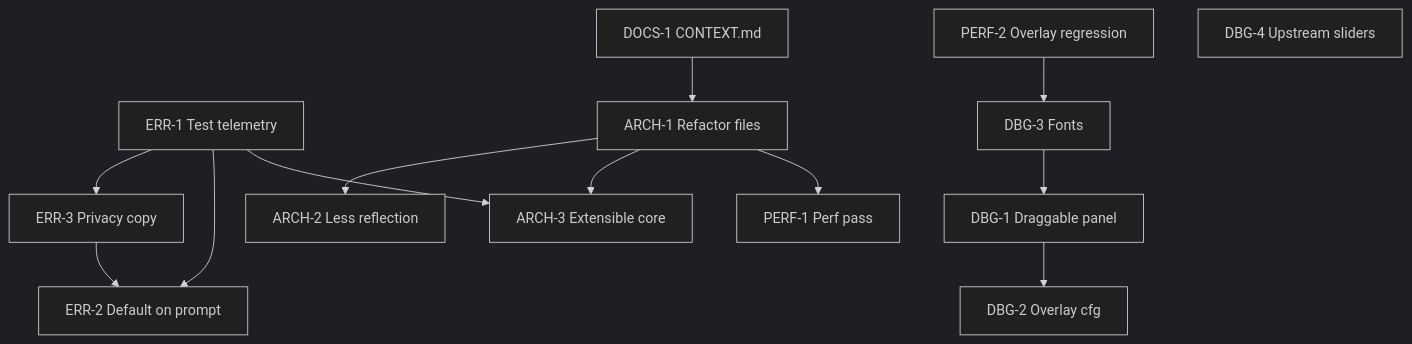
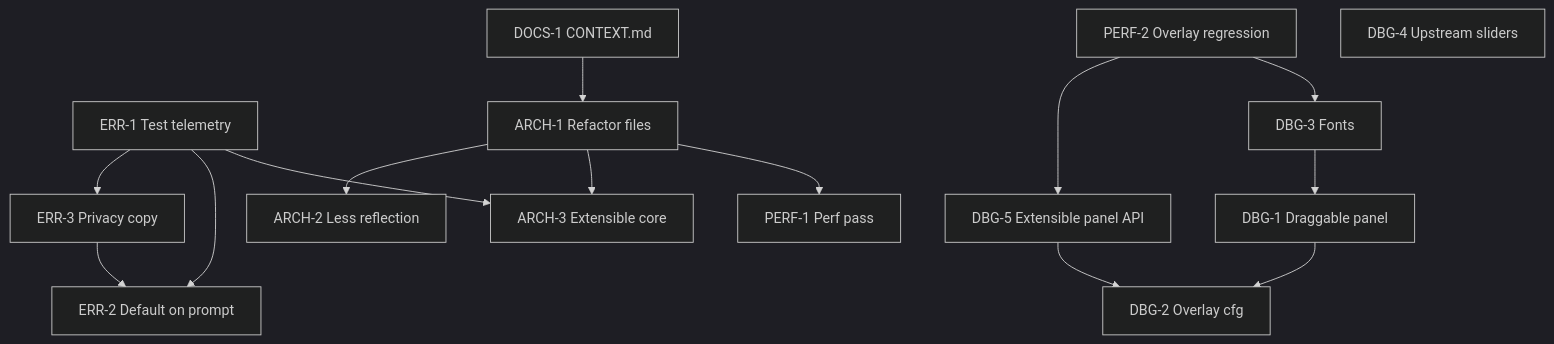
Before and after one commit to grompen91-droid/dreadREPO: the diagram in docs/ROADMAP.md, drawn with Mermaid (dark theme). The commit also changed other lines of this file and 1 other file, not shown here.

Commit message:
feat: nudge overlay text up; roadmap DBG-5 extensible panel API

````diff
--- a/docs/ROADMAP.md
+++ b/docs/ROADMAP.md
@@ -71,29 +72,32 @@
 ```mermaid
 flowchart TD
   DOCS1[DOCS-1 CONTEXT.md]
   ERR1[ERR-1 Test telemetry]
   PERF2[PERF-2 Overlay regression]
   ARCH1[ARCH-1 Refactor files]
   ARCH2[ARCH-2 Less reflection]
   ARCH3[ARCH-3 Extensible core]
   ERR3[ERR-3 Privacy copy]
   ERR2[ERR-2 Default on prompt]
+  DBG5[DBG-5 Extensible panel API]
   DBG3[DBG-3 Fonts]
   DBG1[DBG-1 Draggable panel]
   DBG2[DBG-2 Overlay cfg]
   PERF1[PERF-1 Perf pass]
   DBG4[DBG-4 Upstream sliders]
 
   DOCS1 --> ARCH1
   ERR1 --> ERR3
   ERR1 --> ERR2
   ERR3 --> ERR2
   ARCH1 --> ARCH2
   ARCH1 --> ARCH3
   ERR1 --> ARCH3
+  PERF2 --> DBG5
   PERF2 --> DBG3
   DBG3 --> DBG1
   DBG1 --> DBG2
+  DBG5 --> DBG2
   ARCH1 --> PERF1
   DBG4
 ```
````
